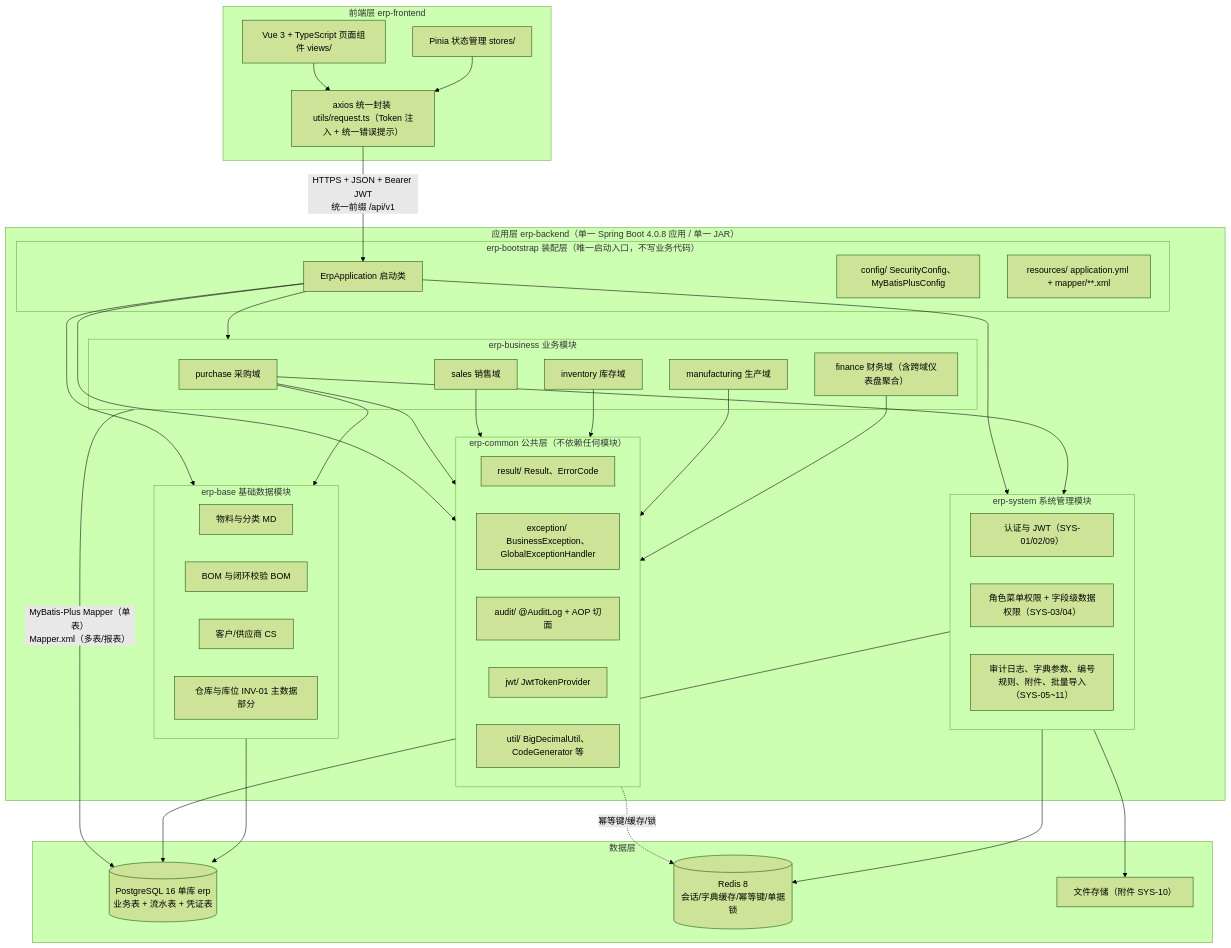
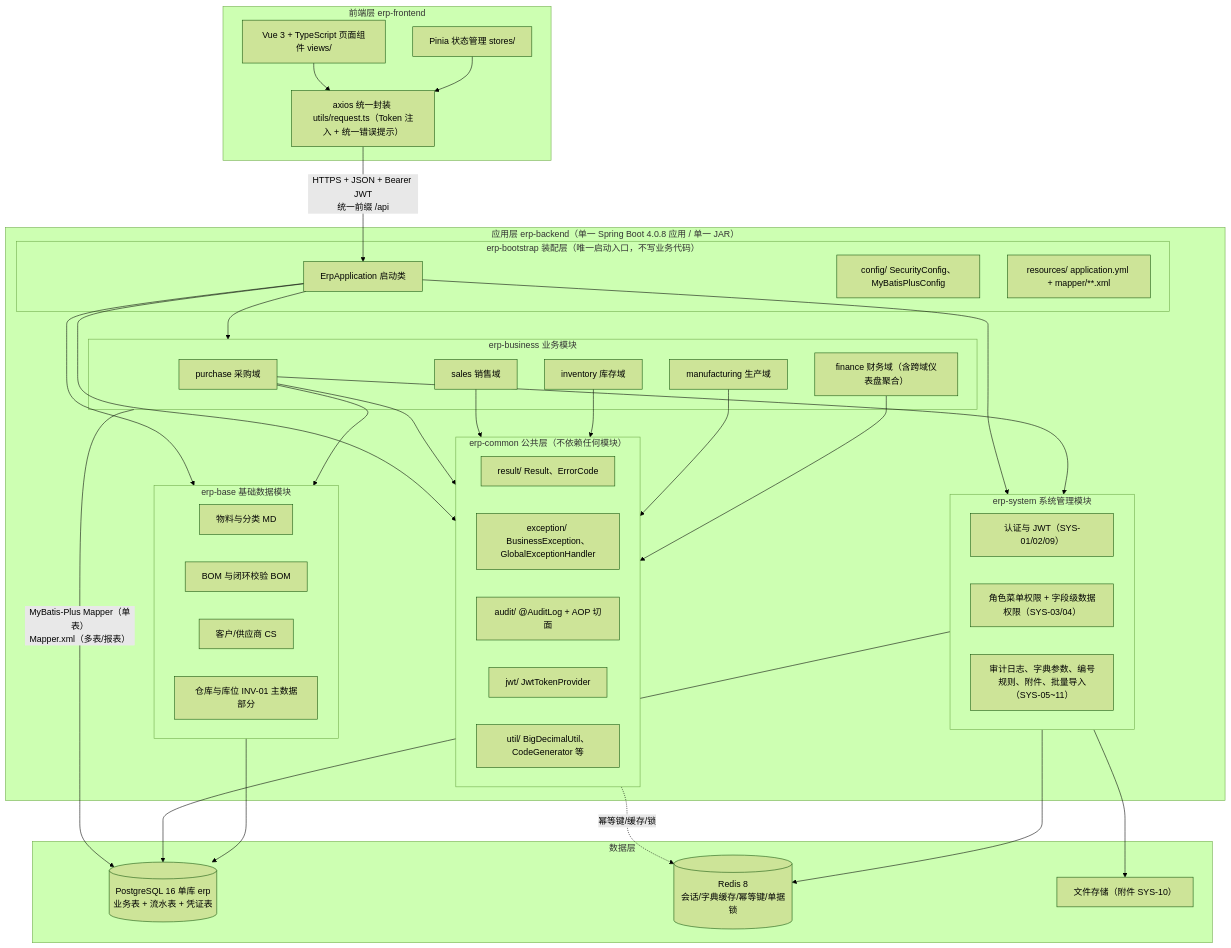
Before and after one commit to north30-dev/north30-erp-project: the first of 8 diagrams in docs/phase2-system-design/01-概要设计说明书.md, drawn with Mermaid (forest theme). The commit also changed other lines of this file and 10 other files, not shown here.

````diff
--- a/docs/phase2-system-design/01-概要设计说明书.md
+++ b/docs/phase2-system-design/01-概要设计说明书.md
@@ -122,68 +122,68 @@
 ```mermaid
 flowchart TB
     subgraph FEL["前端层 erp-frontend"]
         FE1["Vue 3 + TypeScript 页面组件 views/"]
         FE2["Pinia 状态管理 stores/"]
         FE3["axios 统一封装 utils/request.ts（Token 注入 + 统一错误提示）"]
     end
 
     subgraph APPL["应用层 erp-backend（单一 Spring Boot 4.0.8 应用 / 单一 JAR）"]
         subgraph BOOTL["erp-bootstrap 装配层（唯一启动入口，不写业务代码）"]
             BT1["ErpApplication 启动类"]
             BT2["config/ SecurityConfig、MyBatisPlusConfig"]
             BT3["resources/ application.yml + mapper/**.xml"]
         end
         subgraph COMMONL["erp-common 公共层（不依赖任何模块）"]
             CM1["result/ Result、ErrorCode"]
             CM2["exception/ BusinessException、GlobalExceptionHandler"]
             CM3["audit/ @AuditLog + AOP 切面"]
             CM4["jwt/ JwtTokenProvider"]
             CM5["util/ BigDecimalUtil、CodeGenerator 等"]
         end
         subgraph SYSML["erp-system 系统管理模块"]
             SY1["认证与 JWT（SYS-01/02/09）"]
             SY2["角色菜单权限 + 字段级数据权限（SYS-03/04）"]
             SY3["审计日志、字典参数、编号规则、附件、批量导入（SYS-05~11）"]
         end
         subgraph BASEL["erp-base 基础数据模块"]
             BA1["物料与分类 MD"]
             BA2["BOM 与闭环校验 BOM"]
             BA3["客户/供应商 CS"]
             BA4["仓库与库位 INV-01 主数据部分"]
         end
         subgraph BIZL["erp-business 业务模块"]
             BI1["purchase 采购域"]
             BI2["sales 销售域"]
             BI3["inventory 库存域"]
             BI4["manufacturing 生产域"]
             BI5["finance 财务域（含跨域仪表盘聚合）"]
         end
     end
 
     subgraph DATAL["数据层"]
         DB[("PostgreSQL 16 单库 erp<br/>业务表 + 流水表 + 凭证表")]
         RD[("Redis 8<br/>会话/字典缓存/幂等键/单据锁")]
         FS["文件存储（附件 SYS-10）"]
     end
 
     FE1 --> FE3
     FE2 --> FE3
-    FE3 -->|"HTTPS + JSON + Bearer JWT<br/>统一前缀 /api/v1"| BT1
+    FE3 -->|"HTTPS + JSON + Bearer JWT<br/>统一前缀 /api"| BT1
     BT1 --> COMMONL
     BT1 --> SYSML
     BT1 --> BASEL
     BT1 --> BIZL
     BI1 --> COMMONL
     BI2 --> COMMONL
     BI3 --> COMMONL
     BI4 --> COMMONL
     BI5 --> COMMONL
     BI1 --> SYSML
     BI1 --> BASEL
     BIZL -->|"MyBatis-Plus Mapper（单表）<br/>Mapper.xml（多表/报表）"| DB
     SYSML --> DB
     BASEL --> DB
     COMMONL -.->|"幂等键/缓存/锁"| RD
     SYSML --> FS
     SYSML --> RD
 ```
````
